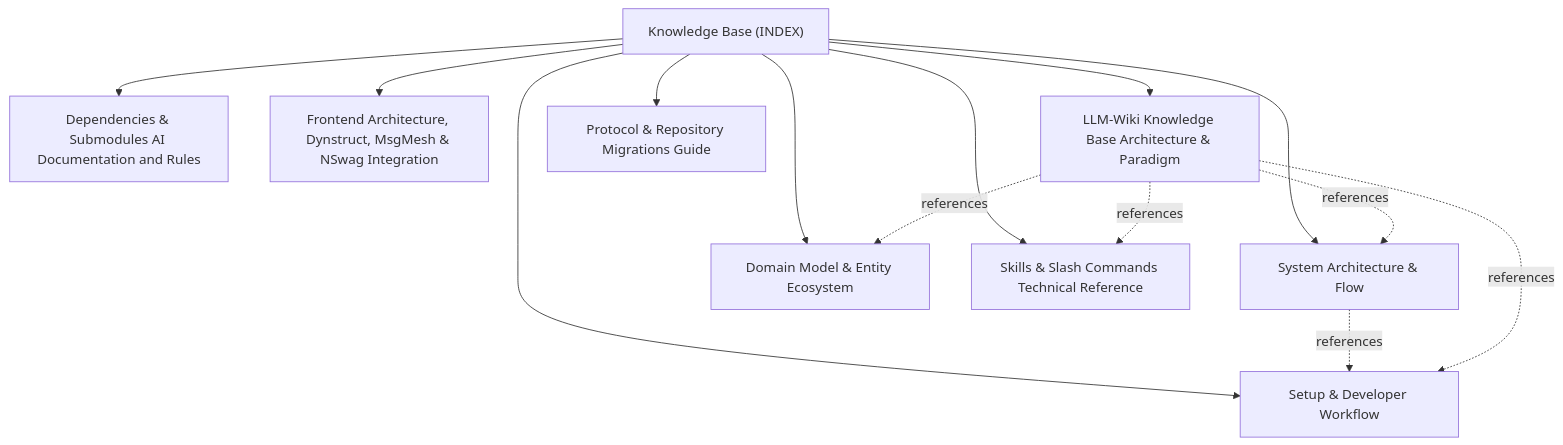
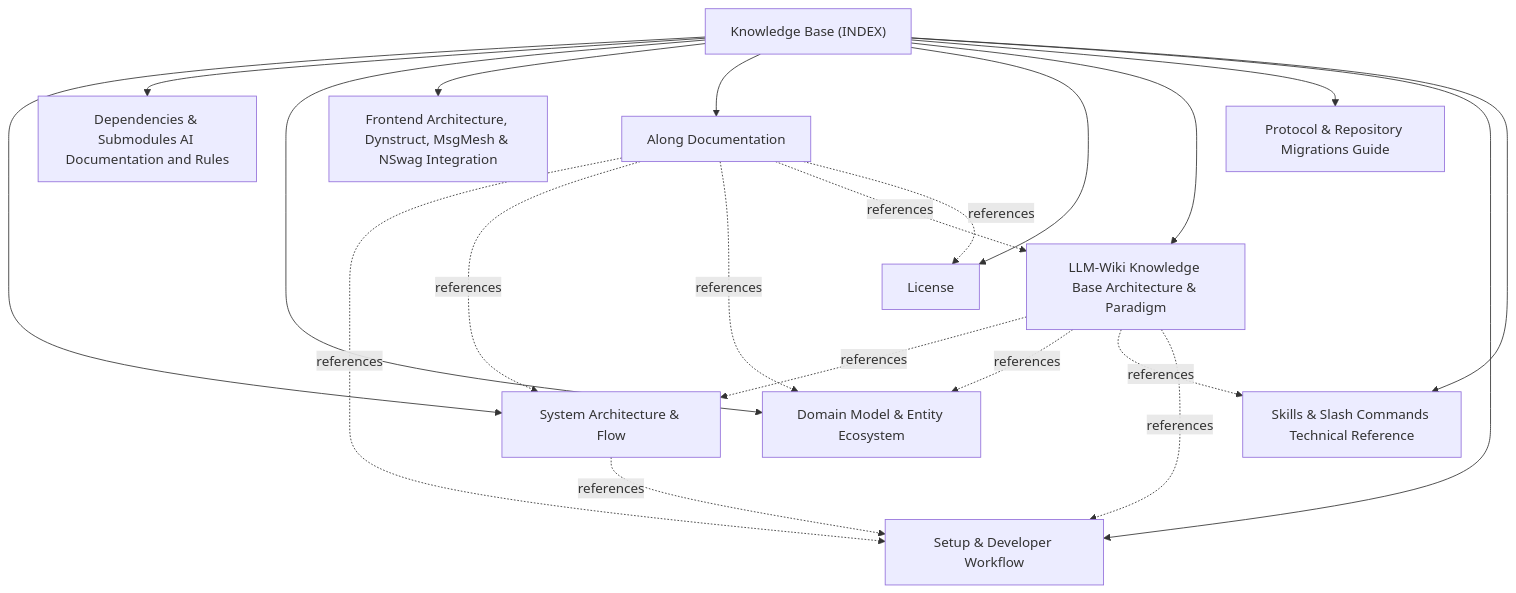
Before and after one commit to actdim/along: the diagram in docs/INDEX.md, drawn with Mermaid. The commit also changed other lines of this file and 38 other files, not shown here.

````diff
--- a/docs/INDEX.md
+++ b/docs/INDEX.md
@@ -17,25 +17,34 @@
 ```mermaid
 flowchart TD
     INDEX["Knowledge Base (INDEX)"]
     T_ARCHITECTURE["System Architecture & Flow"]
     INDEX --> T_ARCHITECTURE
     T_DEPENDENCIES["Dependencies & Submodules AI Documentation and Rules"]
     INDEX --> T_DEPENDENCIES
     T_DOMAIN_MODEL["Domain Model & Entity Ecosystem"]
     INDEX --> T_DOMAIN_MODEL
     T_FRONTEND_FRAMEWORKS["Frontend Architecture, Dynstruct, MsgMesh & NSwag Integration"]
     INDEX --> T_FRONTEND_FRAMEWORKS
+    T_INDEX["Along Documentation"]
+    INDEX --> T_INDEX
+    T_LICENSE["License"]
+    INDEX --> T_LICENSE
     T_LLM_WIKI_ARCHITECTURE["LLM-Wiki Knowledge Base Architecture & Paradigm"]
     INDEX --> T_LLM_WIKI_ARCHITECTURE
     T_MIGRATIONS["Protocol & Repository Migrations Guide"]
     INDEX --> T_MIGRATIONS
     T_SETUP_AND_WORKFLOW["Setup & Developer Workflow"]
     INDEX --> T_SETUP_AND_WORKFLOW
     T_SKILLS_REFERENCE["Skills & Slash Commands Technical Reference"]
     INDEX --> T_SKILLS_REFERENCE
     T_ARCHITECTURE -.->|references| T_SETUP_AND_WORKFLOW
+    T_INDEX -.->|references| T_SETUP_AND_WORKFLOW
+    T_INDEX -.->|references| T_ARCHITECTURE
+    T_INDEX -.->|references| T_DOMAIN_MODEL
+    T_INDEX -.->|references| T_LLM_WIKI_ARCHITECTURE
+    T_INDEX -.->|references| T_LICENSE
     T_LLM_WIKI_ARCHITECTURE -.->|references| T_ARCHITECTURE
     T_LLM_WIKI_ARCHITECTURE -.->|references| T_DOMAIN_MODEL
     T_LLM_WIKI_ARCHITECTURE -.->|references| T_SKILLS_REFERENCE
     T_LLM_WIKI_ARCHITECTURE -.->|references| T_SETUP_AND_WORKFLOW
 ```
````
